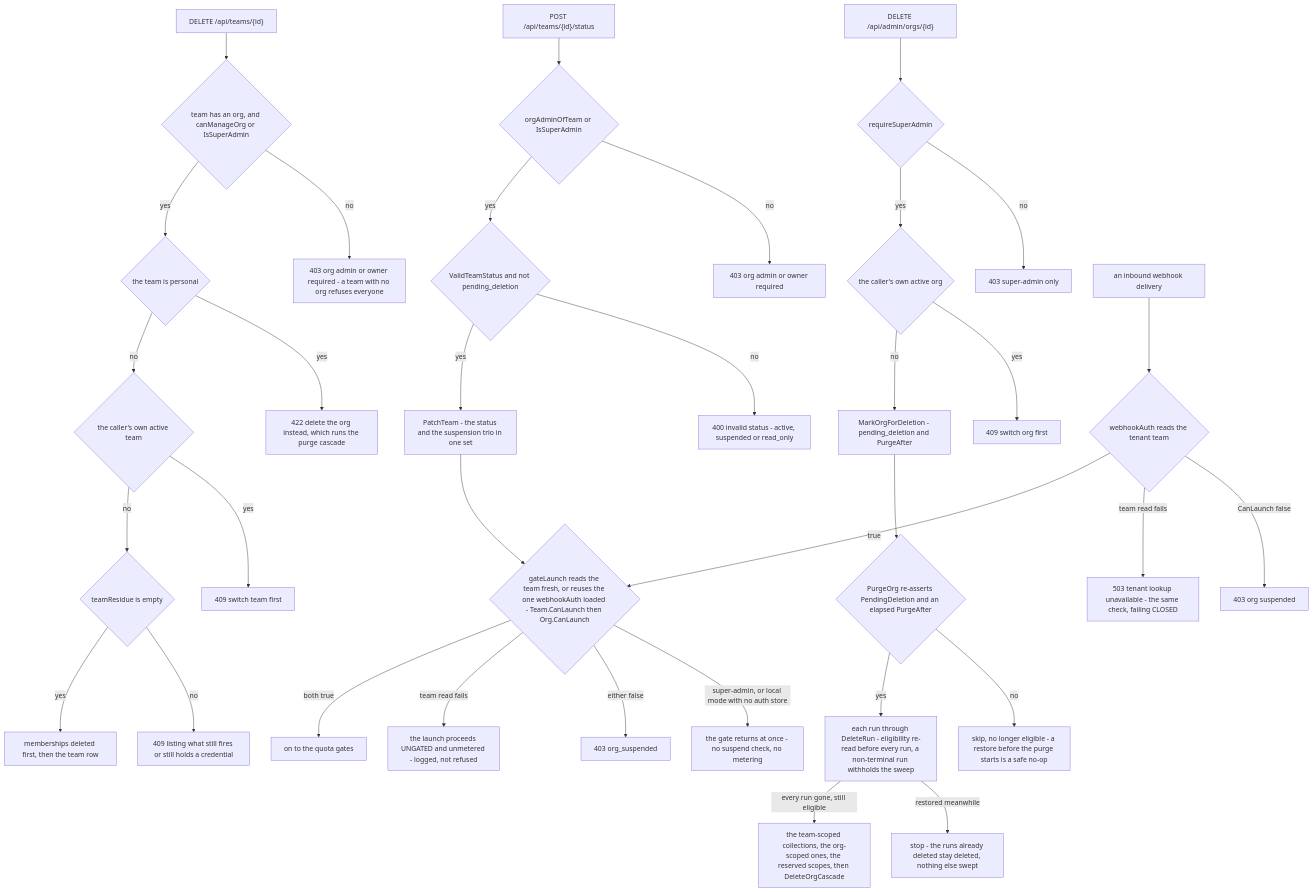
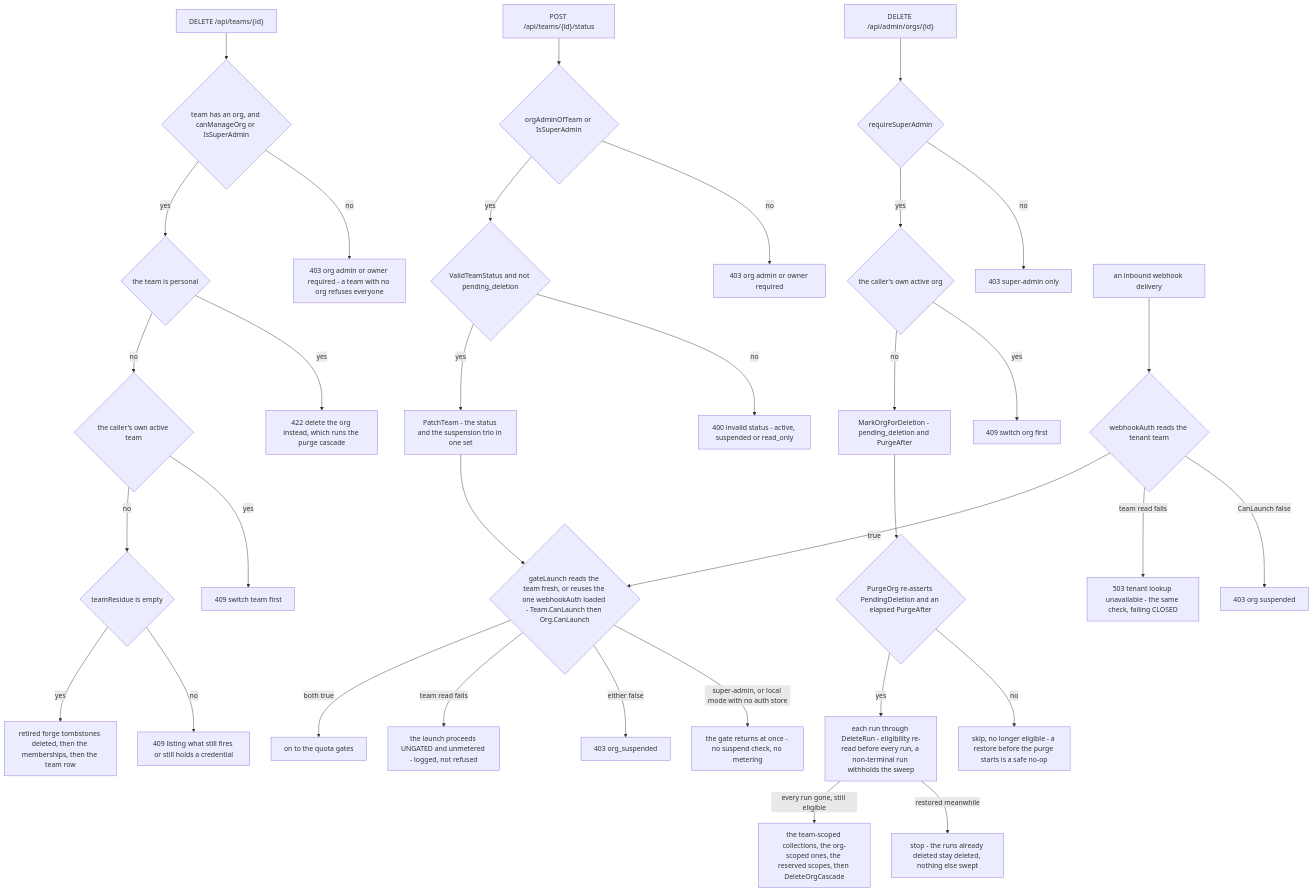
One commit to SocialGouv/iterion changed the second of 2 diagrams in docs/diagrams/flow-org-team-lifecycle.md. Above: the diagram before and after it, drawn with Mermaid. The commit also changed other lines of this file and 3 other files, not shown here.

````diff
--- a/docs/diagrams/flow-org-team-lifecycle.md
+++ b/docs/diagrams/flow-org-team-lifecycle.md
@@ -60,36 +60,36 @@
 ```mermaid
 flowchart TD
     treq["POST /api/teams/{id}/status"] --> tg{"orgAdminOfTeam or IsSuperAdmin"}
     tg -->|"no"| t403["403 org admin or owner required"]
     tg -->|"yes"| tv{"ValidTeamStatus and not pending_deletion"}
     tv -->|"no"| t400["400 invalid status - active, suspended or read_only"]
     tv -->|"yes"| tpatch["PatchTeam - the status and the suspension trio in one set"]
     dreq["DELETE /api/teams/{id}"] --> dorg{"team has an org, and canManageOrg or IsSuperAdmin"}
     dorg -->|"no"| d403["403 org admin or owner required - a team with no org refuses everyone"]
     dorg -->|"yes"| dpers{"the team is personal"}
     dpers -->|"yes"| d422["422 delete the org instead, which runs the purge cascade"]
     dpers -->|"no"| dself{"the caller's own active team"}
     dself -->|"yes"| d409["409 switch team first"]
     dself -->|"no"| dres{"teamResidue is empty"}
     dres -->|"no"| dr409["409 listing what still fires or still holds a credential"]
-    dres -->|"yes"| ddel["memberships deleted first, then the team row"]
+    dres -->|"yes"| ddel["retired forge tombstones deleted, then the memberships, then the team row"]
     oreq["DELETE /api/admin/orgs/{id}"] --> og{"requireSuperAdmin"}
     og -->|"no"| o403["403 super-admin only"]
     og -->|"yes"| oself{"the caller's own active org"}
     oself -->|"yes"| o409["409 switch org first"]
     oself -->|"no"| omark["MarkOrgForDeletion - pending_deletion and PurgeAfter"]
     omark --> sweep{"PurgeOrg re-asserts PendingDeletion and an elapsed PurgeAfter"}
     sweep -->|"no"| skip["skip, no longer eligible - a restore before the purge starts is a safe no-op"]
     sweep -->|"yes"| pruns["each run through DeleteRun - eligibility re-read before every run, a non-terminal run withholds the sweep"]
     pruns -->|"restored meanwhile"| pstop["stop - the runs already deleted stay deleted, nothing else swept"]
     pruns -->|"every run gone, still eligible"| purge["the team-scoped collections, the org-scoped ones, the reserved scopes, then DeleteOrgCascade"]
     tpatch --> gate{"gateLaunch reads the team fresh, or reuses the one webhookAuth loaded - Team.CanLaunch then Org.CanLaunch"}
     gate -->|"super-admin, or local mode with no auth store"| byp["the gate returns at once - no suspend check, no metering"]
     gate -->|"either false"| deny["403 org_suspended"]
     gate -->|"team read fails"| fopen["the launch proceeds UNGATED and unmetered - logged, not refused"]
     gate -->|"both true"| ok["on to the quota gates"]
     wreq["an inbound webhook delivery"] --> wg{"webhookAuth reads the tenant team"}
     wg -->|"CanLaunch false"| w403["403 org suspended"]
     wg -->|"team read fails"| w503["503 tenant lookup unavailable - the same check, failing CLOSED"]
     wg -->|"true"| gate
 ```
````
